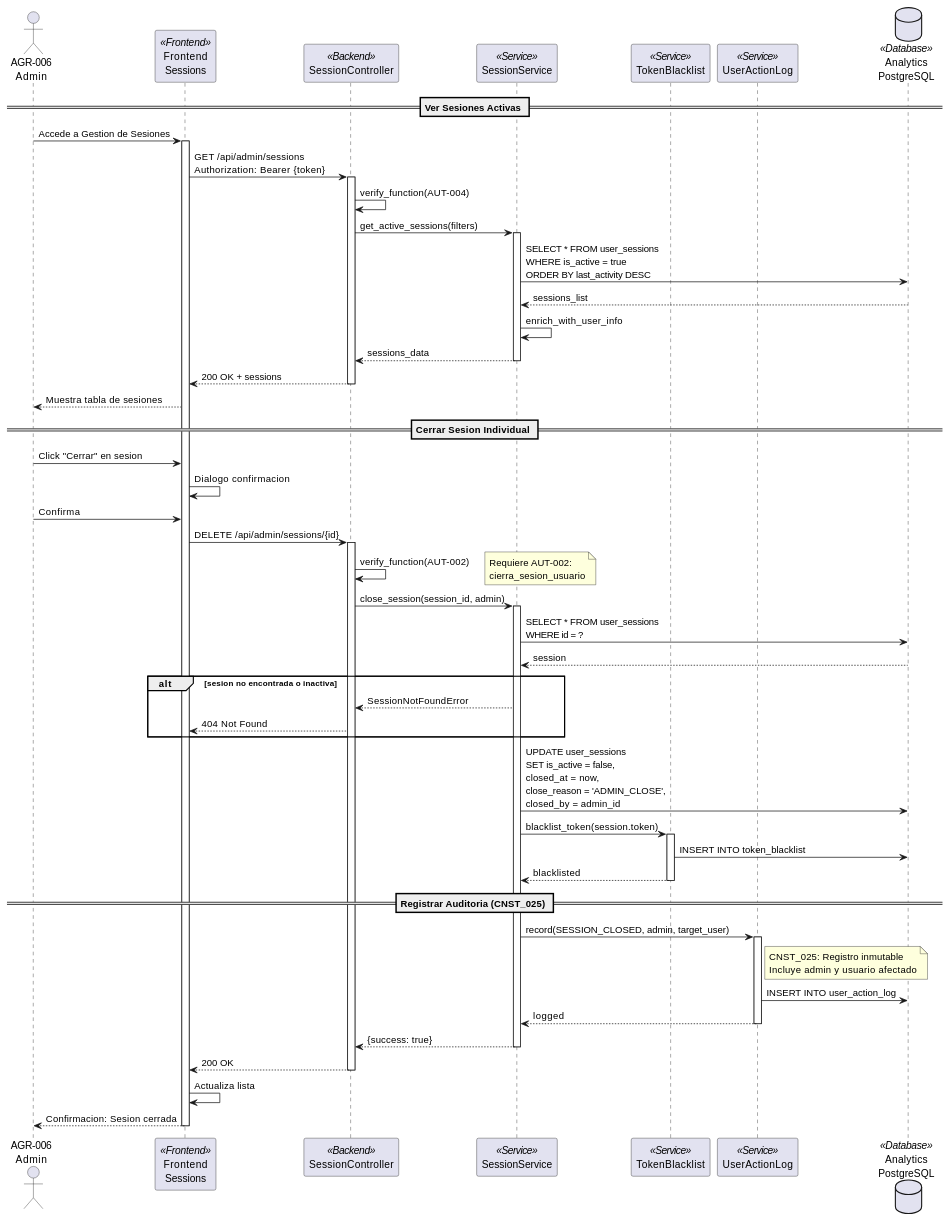
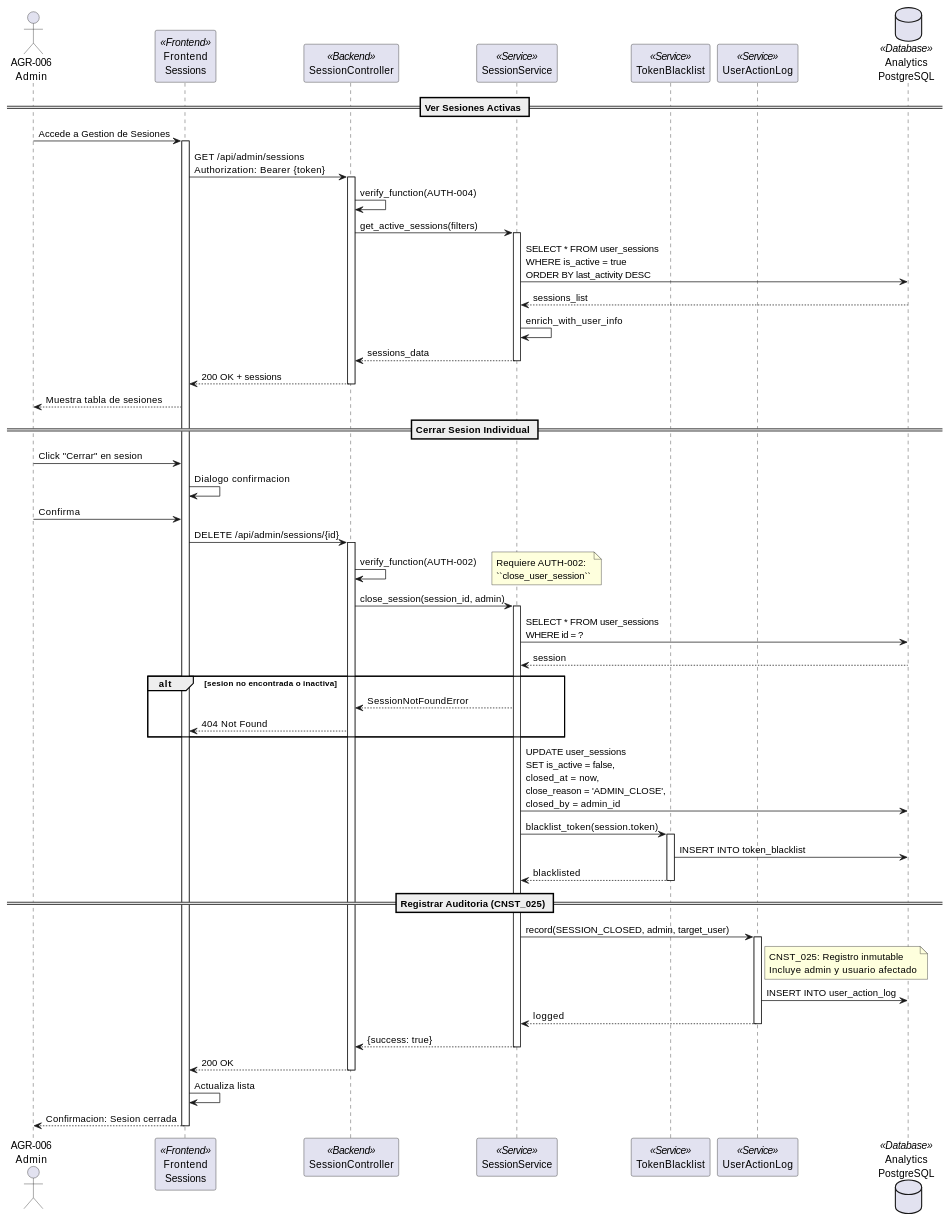
One commit to jcg-admin/IACT-docs changed the second of 3 diagrams in source/requisitos/casos-uso/auth/uc-auth-05-gestionar-sesiones.rst. Above: the diagram before and after it, drawn with PlantUML. The commit also changed other lines of this file and 8 other files, not shown here.

```diff
--- a/source/requisitos/casos-uso/auth/uc-auth-05-gestionar-sesiones.rst
+++ b/source/requisitos/casos-uso/auth/uc-auth-05-gestionar-sesiones.rst
@@ -232,7 +232,7 @@
  FE -> SC: GET /api/admin/sessions\nAuthorization: Bearer {token}
  activate SC
 
- SC -> SC: verify_function(AUT-004)
+ SC -> SC: verify_function(AUTH-004)
 
  SC -> SS: get_active_sessions(filters)
  activate SS
@@ -258,10 +258,10 @@
  FE -> SC: DELETE /api/admin/sessions/{id}
  activate SC
 
- SC -> SC: verify_function(AUT-002)
+ SC -> SC: verify_function(AUTH-002)
  note right
- Requiere AUT-002:
- cierra_sesion_usuario
+ Requiere AUTH-002:
+ ``close_user_session``
  end note
 
  SC -> SS: close_session(session_id, admin)
```
